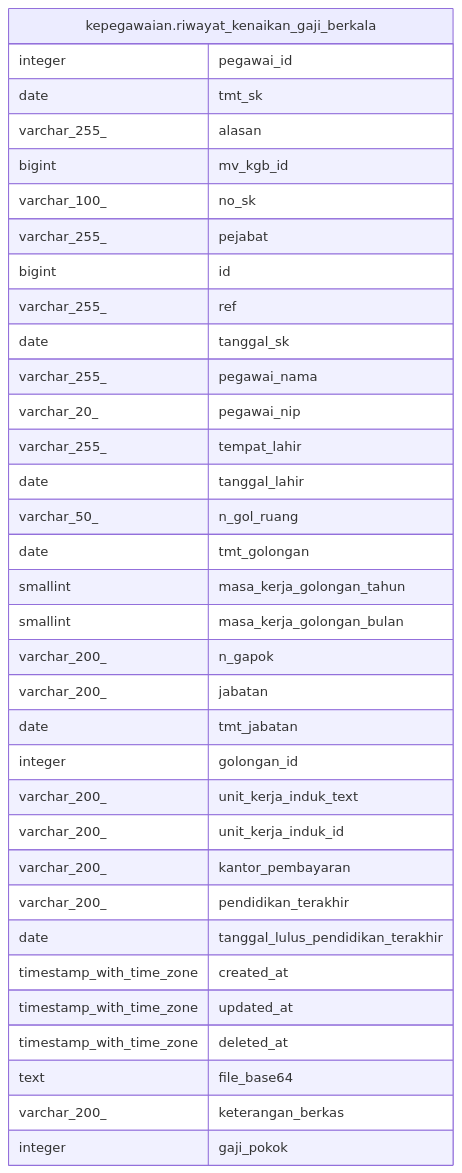
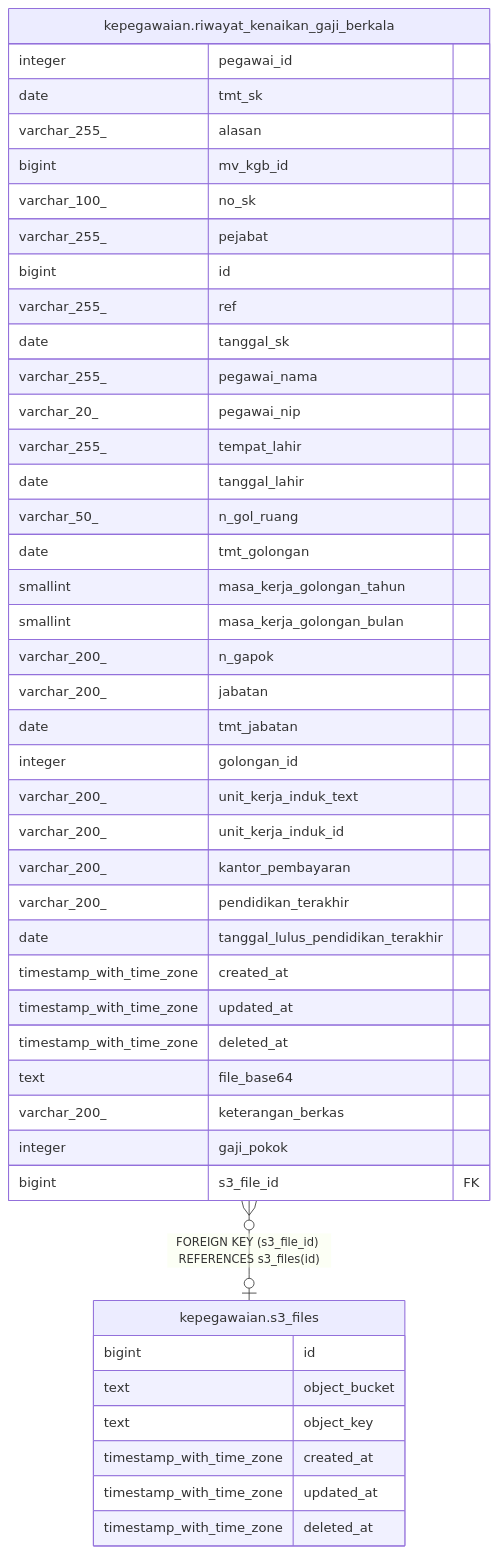
One commit to nandanugg/triforce.nvim changed the diagram in services/kepegawaian/docs/db/kepegawaian.riwayat_kenaikan_gaji_berkala.md. Above: the diagram before and after it, drawn with Mermaid. The commit also changed other lines of this file and 41 other files, not shown here.

````diff
--- a/services/kepegawaian/docs/db/kepegawaian.riwayat_kenaikan_gaji_berkala.md
+++ b/services/kepegawaian/docs/db/kepegawaian.riwayat_kenaikan_gaji_berkala.md
@@ -58,39 +60,49 @@
 ```mermaid
 erDiagram
 
+"kepegawaian.riwayat_kenaikan_gaji_berkala" }o--o| "kepegawaian.s3_files" : "FOREIGN KEY (s3_file_id) REFERENCES s3_files(id)"
 
 "kepegawaian.riwayat_kenaikan_gaji_berkala" {
   integer pegawai_id
   date tmt_sk
   varchar_255_ alasan
   bigint mv_kgb_id
   varchar_100_ no_sk
   varchar_255_ pejabat
   bigint id
   varchar_255_ ref
   date tanggal_sk
   varchar_255_ pegawai_nama
   varchar_20_ pegawai_nip
   varchar_255_ tempat_lahir
   date tanggal_lahir
   varchar_50_ n_gol_ruang
   date tmt_golongan
   smallint masa_kerja_golongan_tahun
   smallint masa_kerja_golongan_bulan
   varchar_200_ n_gapok
   varchar_200_ jabatan
   date tmt_jabatan
   integer golongan_id
   varchar_200_ unit_kerja_induk_text
   varchar_200_ unit_kerja_induk_id
   varchar_200_ kantor_pembayaran
   varchar_200_ pendidikan_terakhir
   date tanggal_lulus_pendidikan_terakhir
   timestamp_with_time_zone created_at
   timestamp_with_time_zone updated_at
   timestamp_with_time_zone deleted_at
   text file_base64
   varchar_200_ keterangan_berkas
   integer gaji_pokok
+  bigint s3_file_id FK
+}
+"kepegawaian.s3_files" {
+  bigint id
+  text object_bucket
+  text object_key
+  timestamp_with_time_zone created_at
+  timestamp_with_time_zone updated_at
+  timestamp_with_time_zone deleted_at
 }
 ```
````
